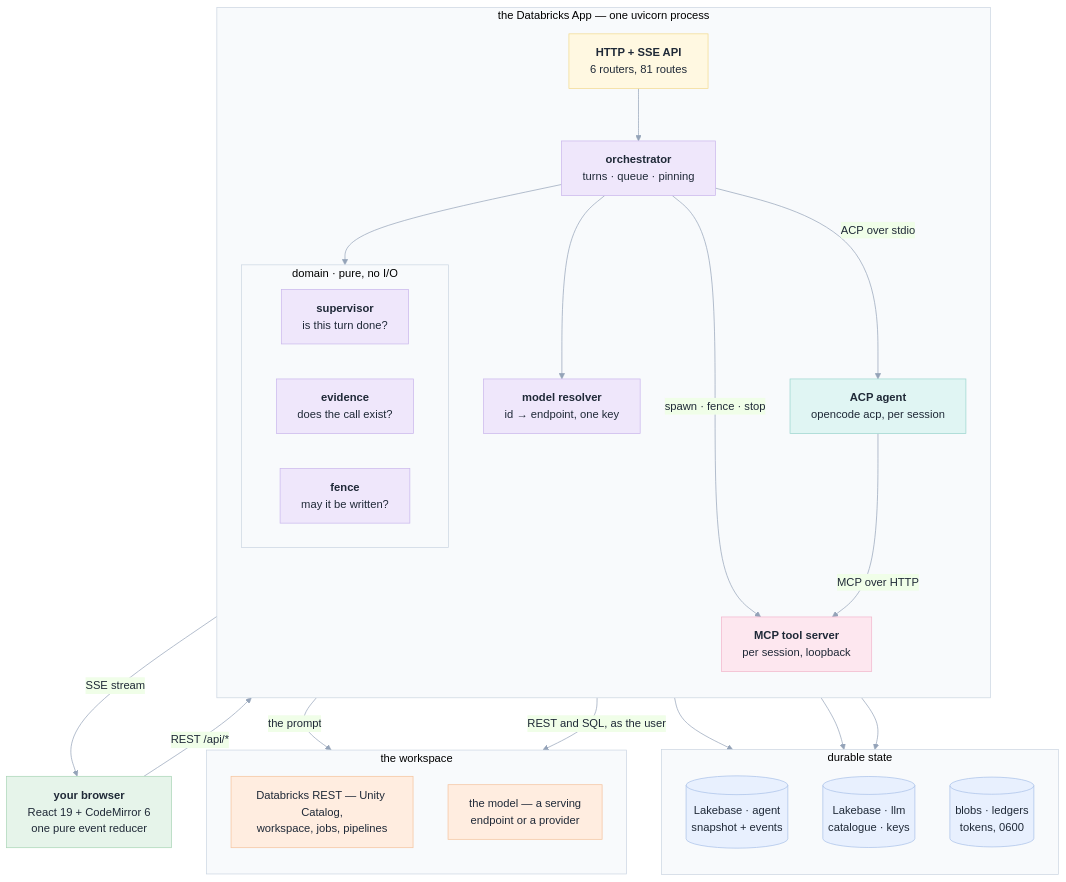
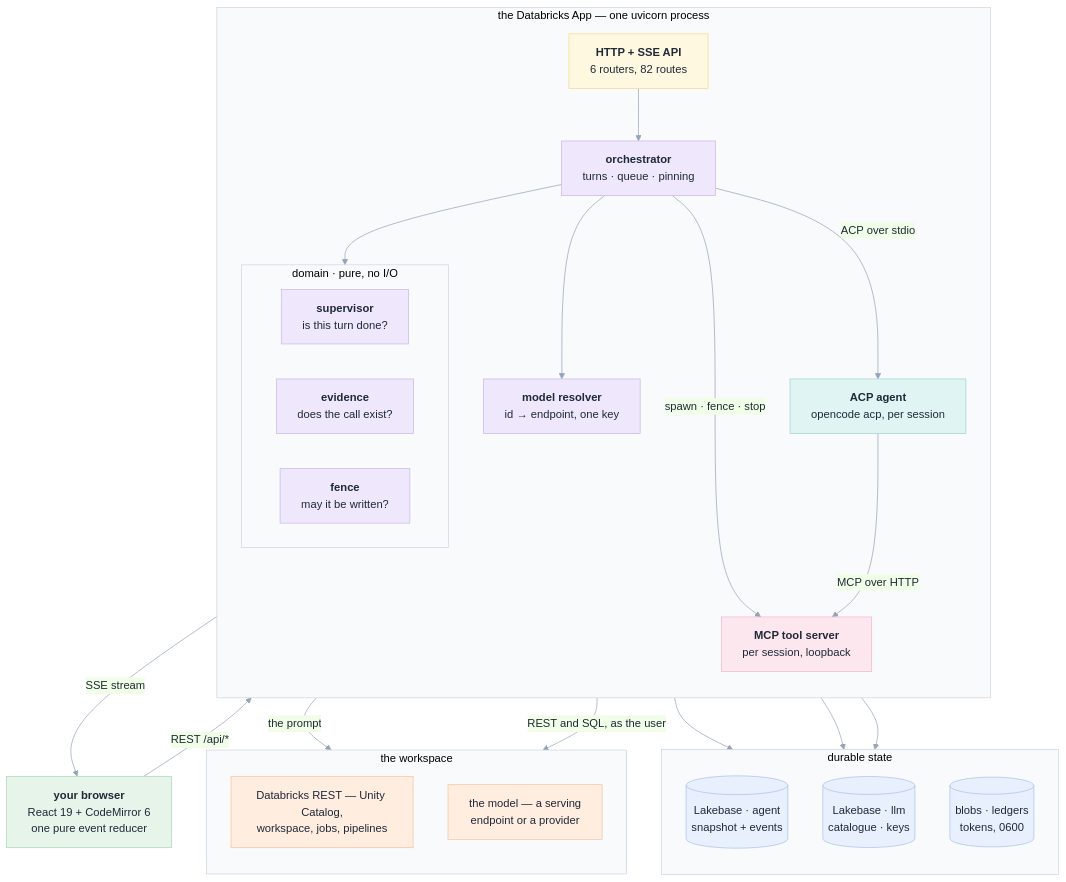
Before and after one commit to raphaelmansuy/edgegenie: the second of 13 diagrams in docs/08-architecture.md, drawn with Mermaid. The commit also changed other lines of this file and 21 other files, not shown here.

````diff
--- a/docs/08-architecture.md
+++ b/docs/08-architecture.md
@@ -77,55 +77,55 @@
 ```mermaid
 %%{init: {'theme':'base','themeVariables':{'primaryColor':'#E8F0FE','primaryTextColor':'#1F2937','primaryBorderColor':'#A8C0E8','lineColor':'#94A3B8','clusterBkg':'#F8FAFC','clusterBorder':'#CBD5E1'}}}%%
 flowchart TB
     FE["<b>your browser</b><br/>React 19 + CodeMirror 6<br/>one pure event reducer"]:::green
 
     subgraph C["the Databricks App — one uvicorn process"]
         direction TB
-        API["<b>HTTP + SSE API</b><br/>6 routers, 81 routes"]:::yellow
+        API["<b>HTTP + SSE API</b><br/>6 routers, 82 routes"]:::yellow
         subgraph PURE["domain · pure, no I/O"]
             direction LR
             SUP["<b>supervisor</b><br/>is this turn done?"]:::purple
             EVD["<b>evidence</b><br/>does the call exist?"]:::purple
             SCP["<b>fence</b><br/>may it be written?"]:::purple
         end
         ORCH["<b>orchestrator</b><br/>turns · queue · pinning"]:::purple
         RES["<b>model resolver</b><br/>id → endpoint, one key"]:::purple
         AGENT["<b>ACP agent</b><br/>opencode acp, per session"]:::teal
         TOOLS["<b>MCP tool server</b><br/>per session, loopback"]:::pink
     end
 
     subgraph D["durable state"]
         direction TB
         JRN[("Lakebase · agent<br/>snapshot + events")]:::blue
         REG[("Lakebase · llm<br/>catalogue · keys")]:::blue
         FS[("blobs · ledgers<br/>tokens, 0600")]:::blue
     end
 
     subgraph W["the workspace"]
         direction TB
         DBX["Databricks REST — Unity Catalog,<br/>workspace, jobs, pipelines"]:::orange
         MDL["the model — a serving<br/>endpoint or a provider"]:::orange
     end
 
     FE -->|"REST /api/*"| API
     API -->|"SSE stream"| FE
     API --> ORCH
     ORCH --> PURE
     ORCH --> RES
     ORCH -->|"ACP over stdio"| AGENT
     ORCH -->|"spawn · fence · stop"| TOOLS
     AGENT -->|"MCP over HTTP"| TOOLS
     AGENT -->|"the prompt"| MDL
     TOOLS -->|"REST and SQL, as the user"| DBX
     ORCH --> JRN
     RES --> REG
     API --> FS
 
     classDef green fill:#E6F4EA,stroke:#A8D5B5,color:#1F2937
     classDef yellow fill:#FFF8E1,stroke:#F2D98D,color:#1F2937
     classDef purple fill:#EFE7FB,stroke:#C9B6EC,color:#1F2937
     classDef teal fill:#E0F5F3,stroke:#9AD5CE,color:#1F2937
     classDef pink fill:#FDE7EF,stroke:#F2B5CB,color:#1F2937
     classDef blue fill:#E8F0FE,stroke:#A8C0E8,color:#1F2937
     classDef orange fill:#FFEDE0,stroke:#F5C29C,color:#1F2937
 ```
````
